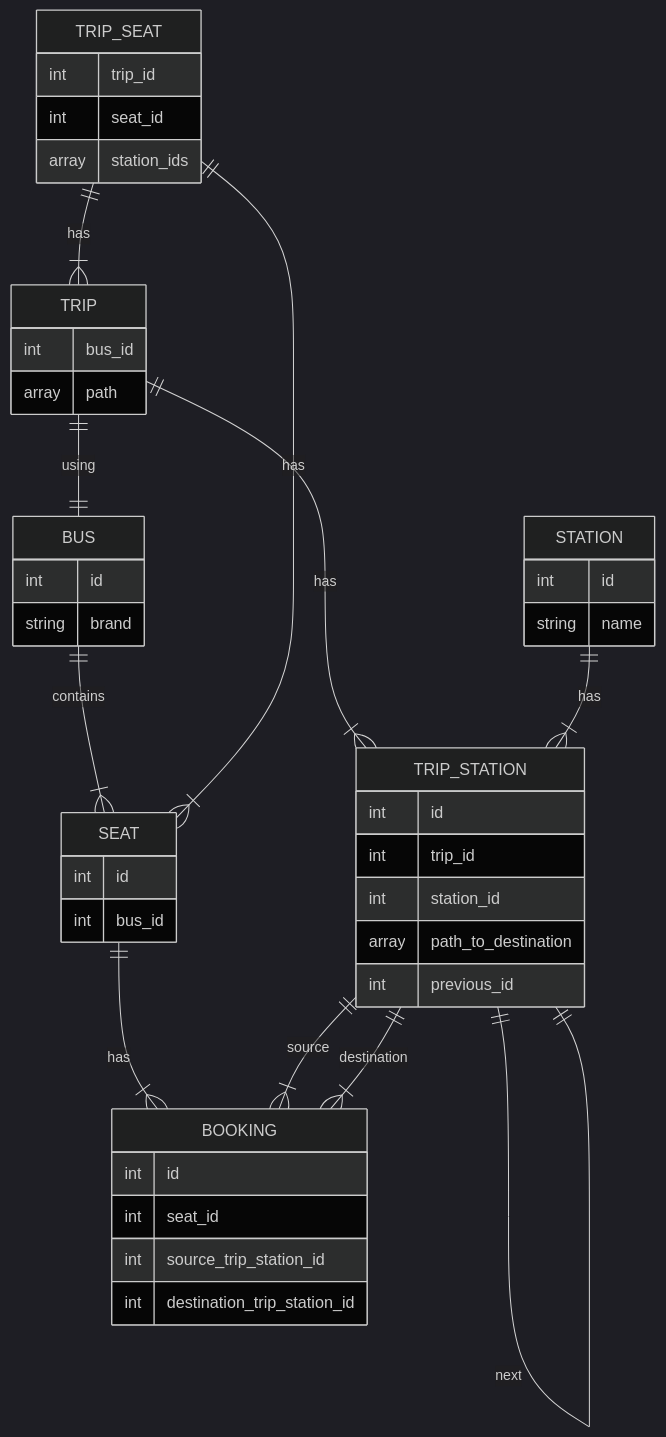
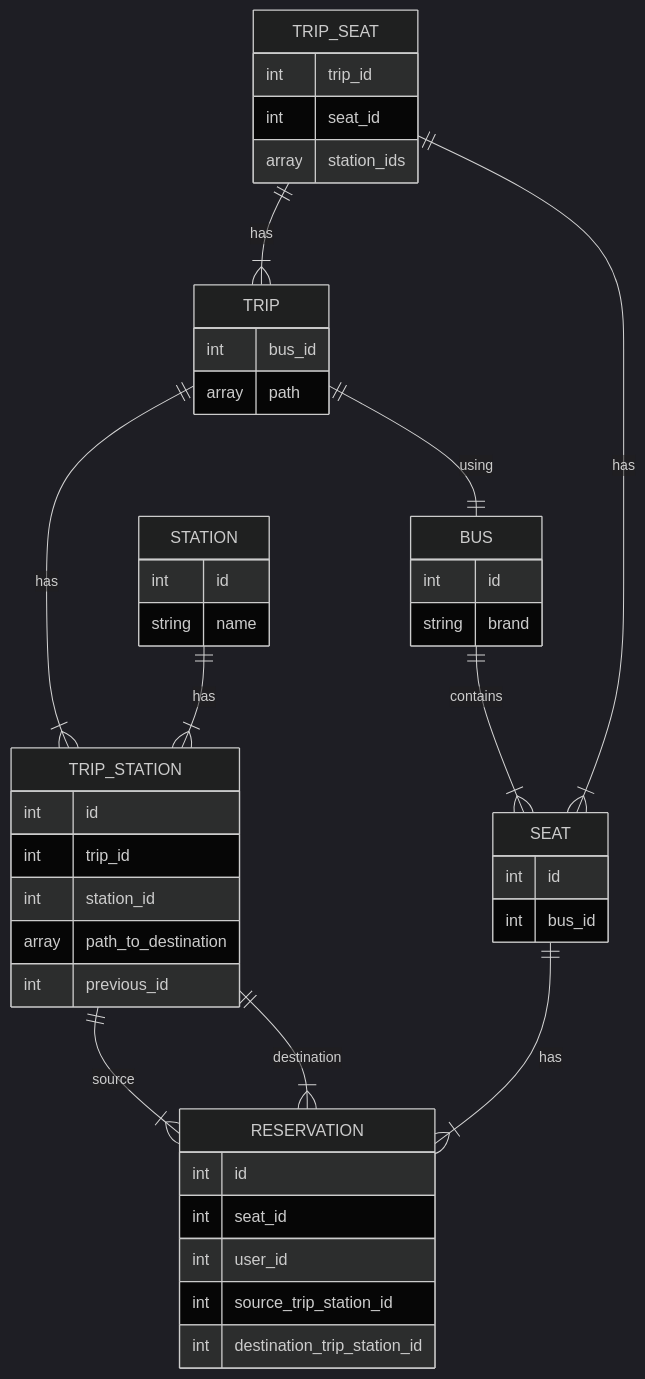
The diagram in README.md (ahmedsaeedsaid/bus-booking-system), drawn with Mermaid (dark theme) before and after one commit. The commit also changed 8 other files, not shown here.

Commit message:
refactor: rename booking to Reservation

````diff
--- a/README.md
+++ b/README.md
@@ -15,56 +15,56 @@
 ```mermaid
 erDiagram
 
     BUS {
         int id
         string brand
     }
     
     SEAT {
         int id
         int bus_id
     }
     
     STATION {
         int id
         string name
     }
     
     TRIP {
         int bus_id
         array path
     }
     
     TRIP_STATION {
         int id
         int trip_id
         int station_id
         array path_to_destination
         int previous_id
     }
     
     TRIP_SEAT {
         int trip_id
         int seat_id
         array station_ids
     }
     
-    BOOKING {
+    RESERVATION {
         int id
         int seat_id
+        int user_id
         int source_trip_station_id
         int destination_trip_station_id
     }
     
     BUS ||--|{ SEAT : contains
     TRIP ||--|{ TRIP_STATION : has
     STATION ||--|{ TRIP_STATION : has
     TRIP ||--|| BUS : using
-    SEAT ||--|{ BOOKING : has
+    SEAT ||--|{ RESERVATION : has
     TRIP_SEAT ||--|{ TRIP : has
     TRIP_SEAT ||--|{ SEAT : has
-    TRIP_STATION ||--|{ BOOKING : source
-    TRIP_STATION ||--|{ BOOKING : destination
-    TRIP_STATION ||--|| TRIP_STATION : next
+    TRIP_STATION ||--|{ RESERVATION : source
+    TRIP_STATION ||--|{ RESERVATION : destination
 
 ```
````
